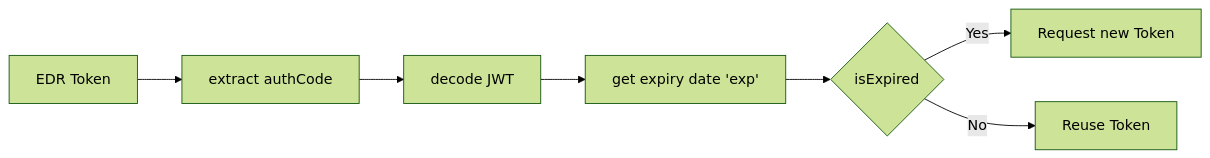
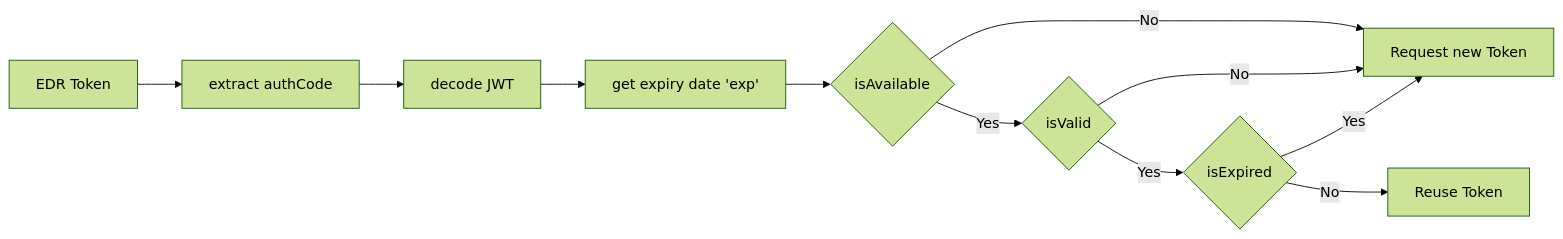
One commit to eclipse-tractusx/item-relationship-service changed the third of 4 diagrams in docs/concept/EDR-Token-Cache-and-reuse.md. Above: the diagram before and after it, drawn with Mermaid (forest theme). The commit also changed other lines of this file, not shown here.

````diff
--- a/docs/concept/EDR-Token-Cache-and-reuse.md
+++ b/docs/concept/EDR-Token-Cache-and-reuse.md
@@ -68,9 +75,13 @@
 ```mermaid
 flowchart LR
     A[EDR Token] --> B[extract authCode]
     B --> C[decode JWT]
     C --> D[get expiry date 'exp']
-    D --> E{isExpired}
-    E -->|Yes| F[Request new Token]
-    E -->|No| G[Reuse Token]
+    D --> E{isAvailable}
+    E -->|Yes| F{isValid}
+    E -->|No| H[Request new Token]
+    F -->|Yes| G{isExpired}
+    F -->|No| H
+    G -->|Yes| H
+    G -->|No| I[Reuse Token]
 ```
````
